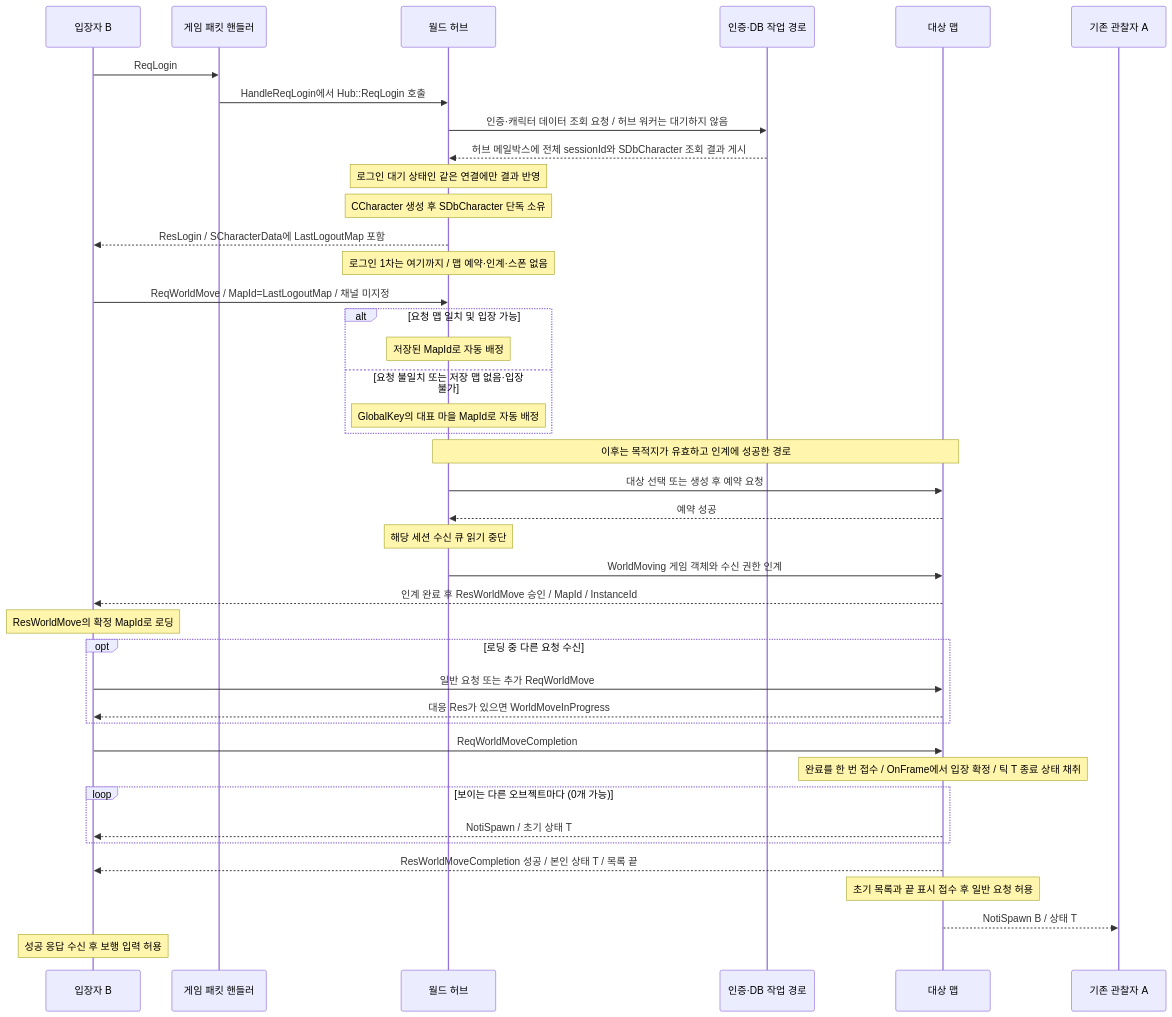
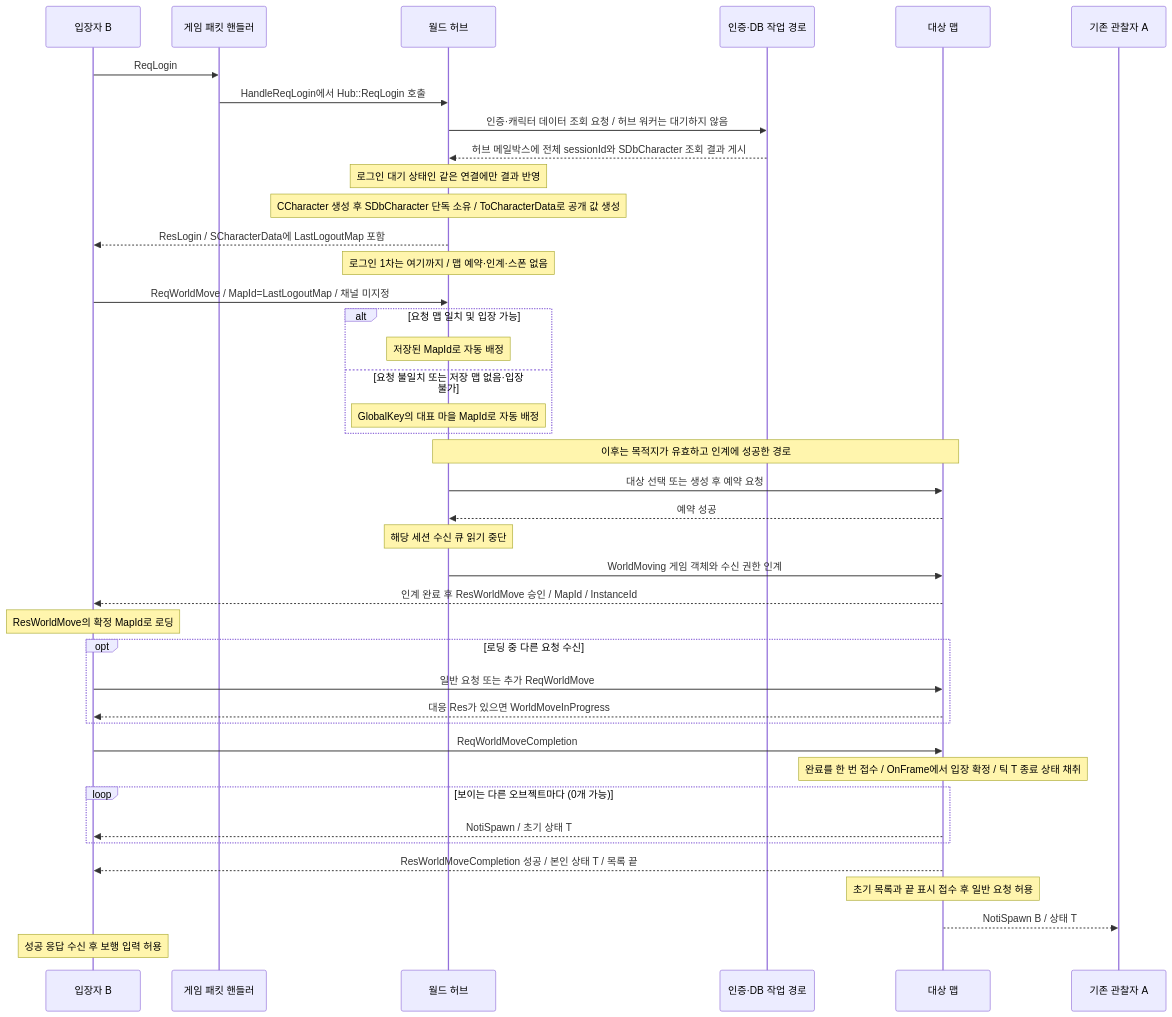
The diagram in 13_MMO_Project/Docs/Plan/Server/014_월드_이동과_초기_동기화.md (MyungHyun-Ahn/Portfolio), drawn with Mermaid before and after one commit. The commit also changed other lines of this file and 2 other files, not shown here.

````diff
--- a/13_MMO_Project/Docs/Plan/Server/014_월드_이동과_초기_동기화.md
+++ b/13_MMO_Project/Docs/Plan/Server/014_월드_이동과_초기_동기화.md
@@ -38,43 +38,43 @@
 ```mermaid
 sequenceDiagram
     participant B as 입장자 B
     participant P as 게임 패킷 핸들러
     participant H as 월드 허브
     participant D as 인증·DB 작업 경로
     participant M as 대상 맵
     participant A as 기존 관찰자 A
     B->>P: ReqLogin
     P->>H: HandleReqLogin에서 Hub::ReqLogin 호출
     H->>D: 인증·캐릭터 데이터 조회 요청 / 허브 워커는 대기하지 않음
     D-->>H: 허브 메일박스에 전체 sessionId와 SDbCharacter 조회 결과 게시
     Note over H: 로그인 대기 상태인 같은 연결에만 결과 반영
-    Note over H: CCharacter 생성 후 SDbCharacter 단독 소유
+    Note over H: CCharacter 생성 후 SDbCharacter 단독 소유 / ToCharacterData로 공개 값 생성
     H-->>B: ResLogin / SCharacterData에 LastLogoutMap 포함
     Note over H: 로그인 1차는 여기까지 / 맵 예약·인계·스폰 없음
     B->>H: ReqWorldMove / MapId=LastLogoutMap / 채널 미지정
     alt 요청 맵 일치 및 입장 가능
         Note over H: 저장된 MapId로 자동 배정
     else 요청 불일치 또는 저장 맵 없음·입장 불가
         Note over H: GlobalKey의 대표 마을 MapId로 자동 배정
     end
     Note over H,M: 이후는 목적지가 유효하고 인계에 성공한 경로
     H->>M: 대상 선택 또는 생성 후 예약 요청
     M-->>H: 예약 성공
     Note over H: 해당 세션 수신 큐 읽기 중단
     H->>M: WorldMoving 게임 객체와 수신 권한 인계
     M-->>B: 인계 완료 후 ResWorldMove 승인 / MapId / InstanceId
     Note over B: ResWorldMove의 확정 MapId로 로딩
     opt 로딩 중 다른 요청 수신
         B->>M: 일반 요청 또는 추가 ReqWorldMove
         M-->>B: 대응 Res가 있으면 WorldMoveInProgress
     end
     B->>M: ReqWorldMoveCompletion
     Note over M: 완료를 한 번 접수 / OnFrame에서 입장 확정 / 틱 T 종료 상태 채취
     loop 보이는 다른 오브젝트마다 (0개 가능)
         M-->>B: NotiSpawn / 초기 상태 T
     end
     M-->>B: ResWorldMoveCompletion 성공 / 본인 상태 T / 목록 끝
     Note over M: 초기 목록과 끝 표시 접수 후 일반 요청 허용
     M-->>A: NotiSpawn B / 상태 T
     Note over B: 성공 응답 수신 후 보행 입력 허용
 ```
````
